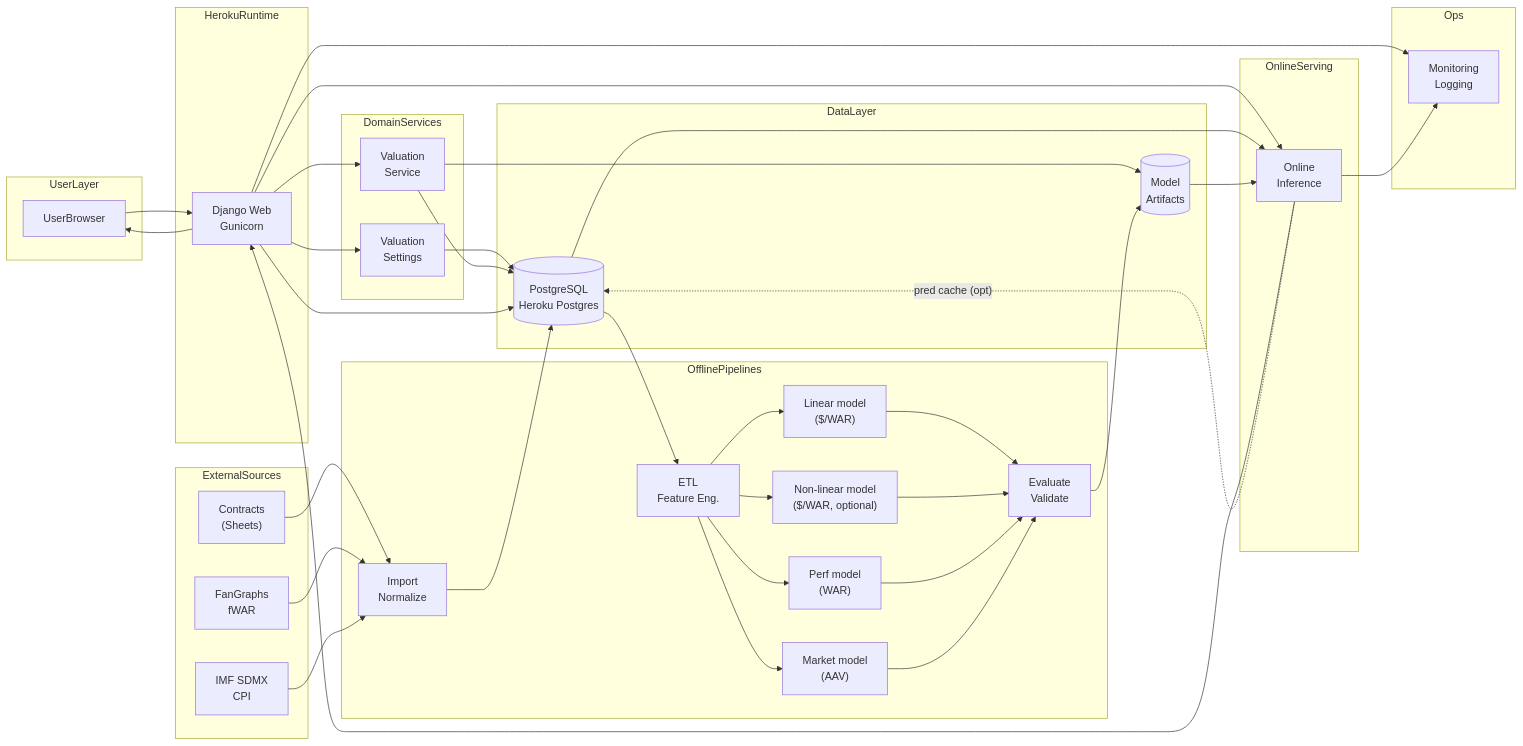
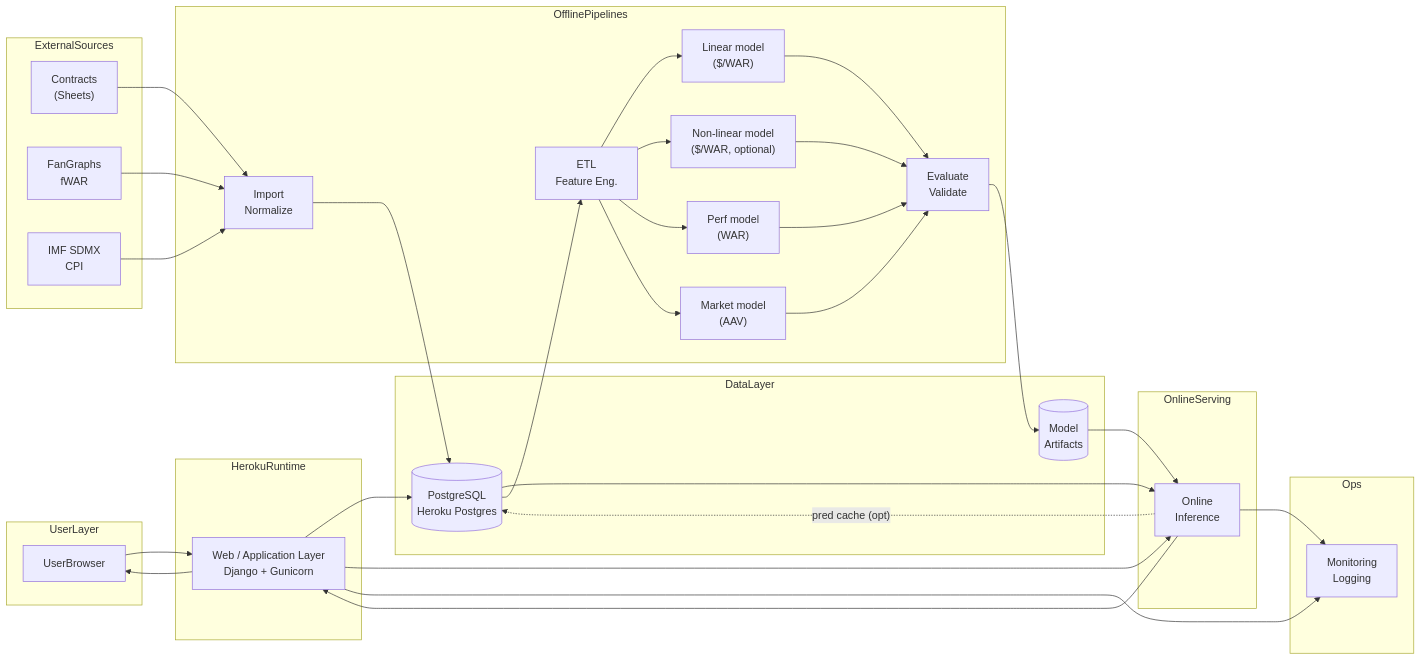
Before and after one commit to yechuk/backend: the first of 6 diagrams in ARCHITECTURE_TOBE.md, drawn with Mermaid. The commit also changed other lines of this file, not shown here.

Commit message:
edit diagram

````diff
--- a/ARCHITECTURE_TOBE.md
+++ b/ARCHITECTURE_TOBE.md
@@ -31,7 +31,7 @@
     end
 
     subgraph heroku [HerokuRuntime]
-        Web["Django Web<br/>Gunicorn"]
+        Web["Web / Application Layer<br/>Django + Gunicorn"]
     end
 
     subgraph dataLayer [DataLayer]
@@ -45,11 +45,6 @@
 
     subgraph ops [Ops]
         Monitor["Monitoring<br/>Logging"]
-    end
-
-    subgraph services [DomainServices]
-        ValuationSvc["Valuation<br/>Service"]
-        SettingsPage["Valuation<br/>Settings"]
     end
 
     subgraph offline [OfflinePipelines]
@@ -69,13 +64,7 @@
     end
 
     User --> Web
-    Web --> SettingsPage
-    SettingsPage --> Postgres
-
-    Web --> ValuationSvc
-    ValuationSvc --> Postgres
-    ValuationSvc --> Artifacts
-
+    Web --> Postgres
     Web --> Inference
     Postgres --> Inference
     Artifacts --> Inference
@@ -104,6 +93,4 @@
     PerfTrain --> Eval
     MarketTrain --> Eval
     Eval --> Artifacts
-
-    Web --> Postgres
 ```
````
